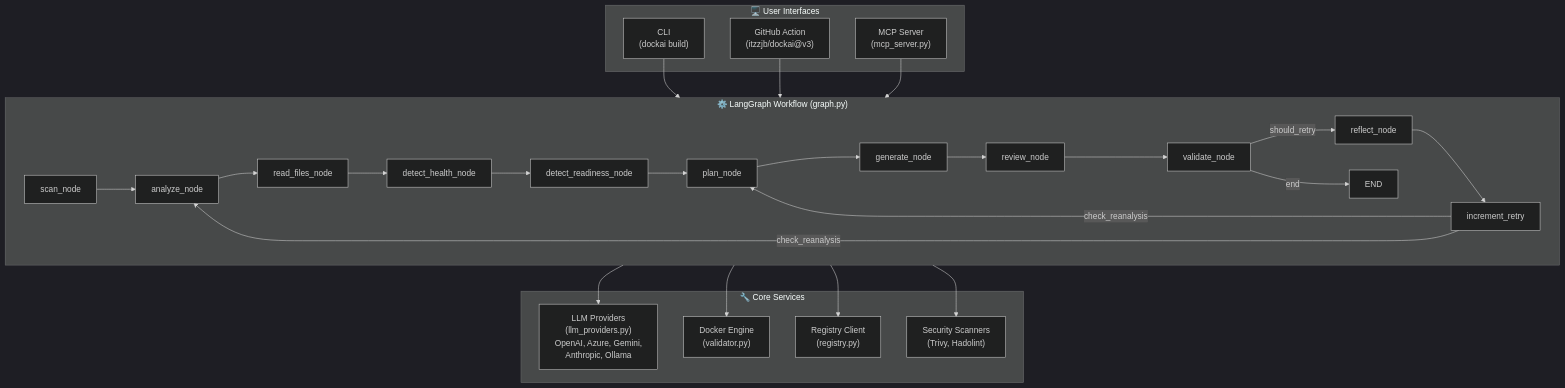
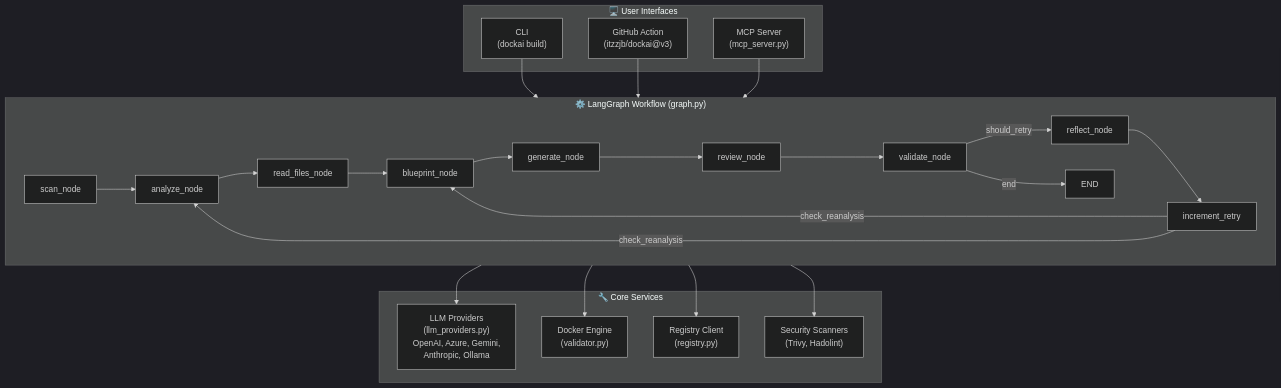
The first of 3 diagrams in docs/architecture.md (actions-marketplace-validations/itzzjb_dockai), drawn with Mermaid (dark theme) before and after one commit. The commit also changed other lines of this file and 28 other files, not shown here.

Commit message:
feat: Refactor planning agent to blueprint, consolidating runtime configuration and removing separate health/readiness detection.

````diff
--- a/docs/architecture.md
+++ b/docs/architecture.md
@@ -62,37 +62,36 @@
 ```mermaid
 flowchart TB
     subgraph Interfaces["🖥️ User Interfaces"]
         cli["CLI\n(dockai build)"]
         action["GitHub Action\n(itzzjb/dockai@v3)"]
         mcp["MCP Server\n(mcp_server.py)"]
     end
     
     subgraph Workflow["⚙️ LangGraph Workflow (graph.py)"]
         scan["scan_node"] --> analyze["analyze_node"] --> read["read_files_node"]
-        read --> health["detect_health_node"] --> ready["detect_readiness_node"]
-        ready --> plan["plan_node"] --> generate["generate_node"]
+        read --> blueprint["blueprint_node"] --> generate["generate_node"]
         generate --> review["review_node"] --> validate["validate_node"]
         
         validate -->|"should_retry"| reflect["reflect_node"]
         reflect --> increment["increment_retry"]
-        increment -->|"check_reanalysis"| plan
+        increment -->|"check_reanalysis"| blueprint
         increment -->|"check_reanalysis"| analyze
         validate -->|"end"| done["END"]
     end
     
     subgraph Services["🔧 Core Services"]
         llm["LLM Providers\n(llm_providers.py)\nOpenAI, Azure, Gemini,\nAnthropic, Ollama"]
         docker["Docker Engine\n(validator.py)"]
         registry["Registry Client\n(registry.py)"]
         security["Security Scanners\n(Trivy, Hadolint)"]
     end
     
     cli --> Workflow
     action --> Workflow
     mcp --> Workflow
     
     Workflow --> llm
     Workflow --> docker
     Workflow --> registry
     Workflow --> security
 ```
````
